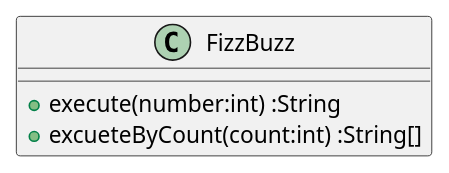
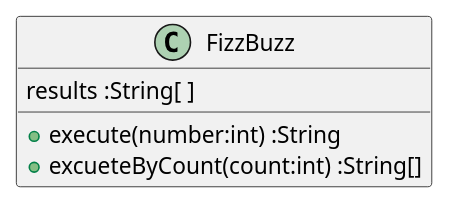
Before and after one commit to k2works/etude_for_java: the first of 2 diagrams in docs/src/fizzbuzz.md, drawn with PlantUML. The commit also changed 4 other files, not shown here.

````diff
--- a/docs/src/fizzbuzz.md
+++ b/docs/src/fizzbuzz.md
@@ -28,8 +28,9 @@
 ```puml
 @startuml
 class FizzBuzz {
+  results :String[ ]
   +execute(number:int) :String
   +excueteByCount(count:int) :String[]
 }
 @enduml
 ```
````
